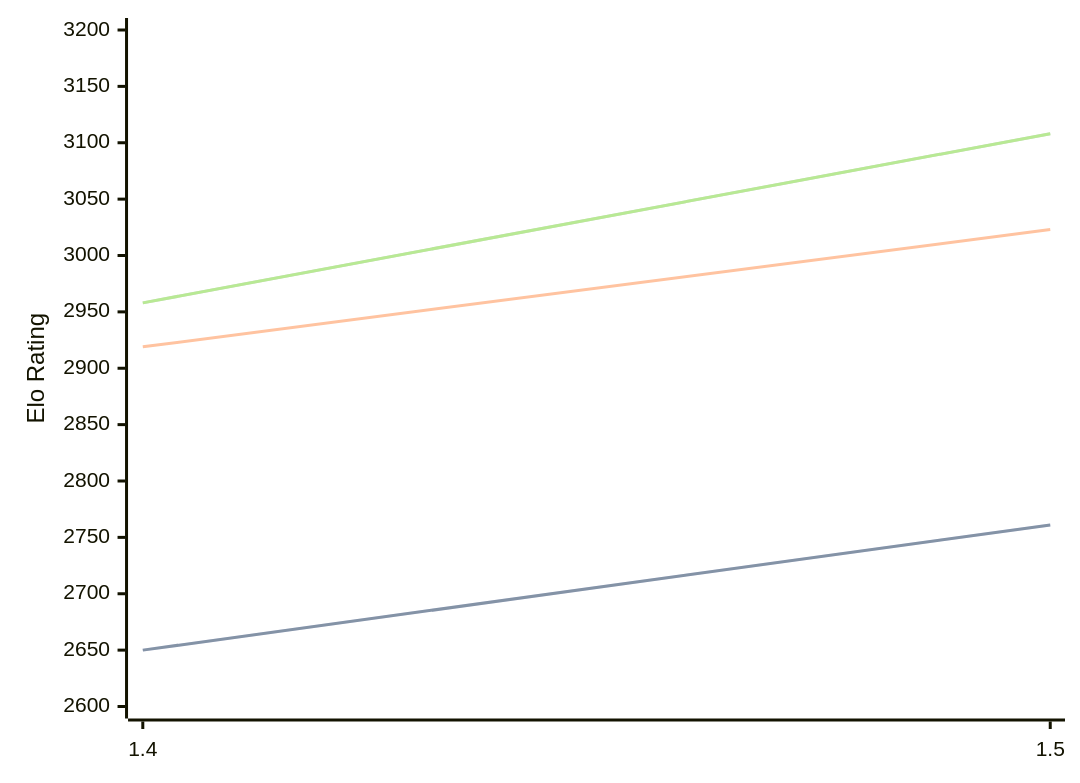
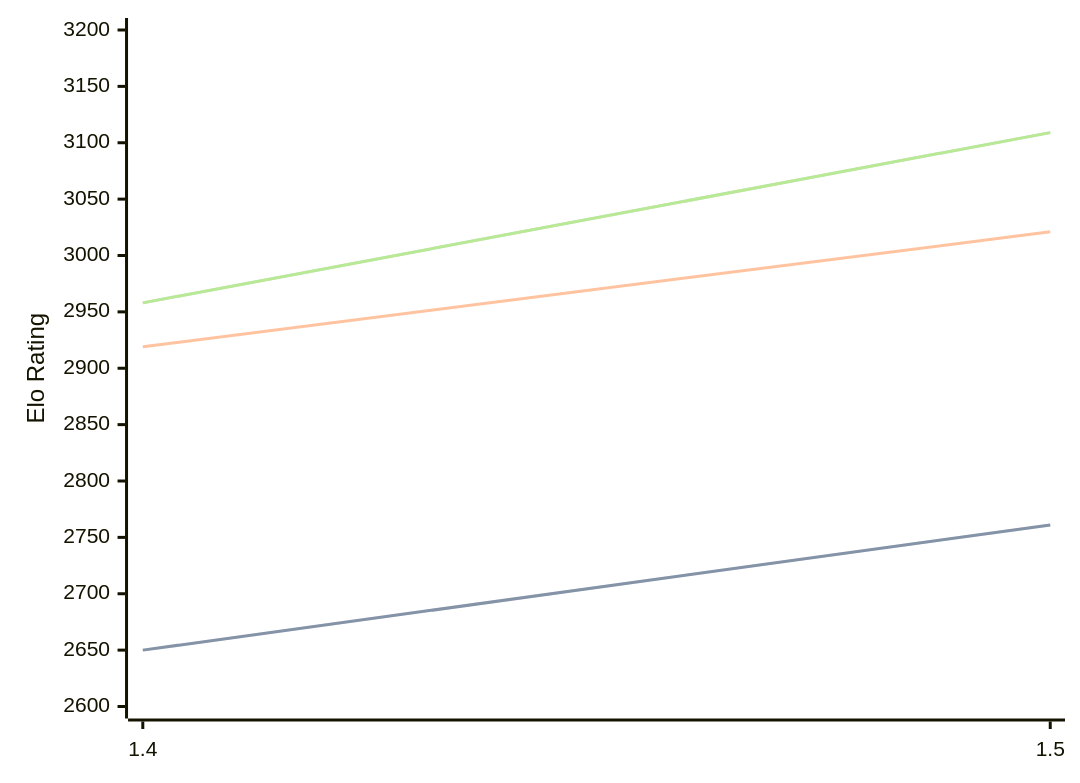
The diagram in engines/Yakka.md (computer-chess-index/cci), drawn with Mermaid before and after one commit. The commit also changed other lines of this file, not shown here.

Commit message:
Update CCI Ratings (ELO VLTC) - 2026-08-30

````diff
--- a/engines/Yakka.md
+++ b/engines/Yakka.md
@@ -32,11 +32,11 @@
 ```mermaid
 %%{init: {"theme":"base","themeVariables":{"seriesColors:['#a3a3a3','#222221','#faa371']}}}%%
 xychart-beta
   x-axis ["1.4", "1.5"]
   y-axis "Elo Rating" 2600 --> 3200
   line "" [2650, 2761]
   line "STC (8.0+0.08s)" [2650, 2761]
-  line "LTC (60.0+0.60s)" [2919, 3023]
-  line "" [2958, 3108]
-  line "VLTC (2m24s+1.12s)" [2958, 3108]
+  line "LTC (60.0+0.60s)" [2919, 3021]
+  line "" [2958, 3109]
+  line "VLTC (2m24s+1.12s)" [2958, 3109]
 ```
````
